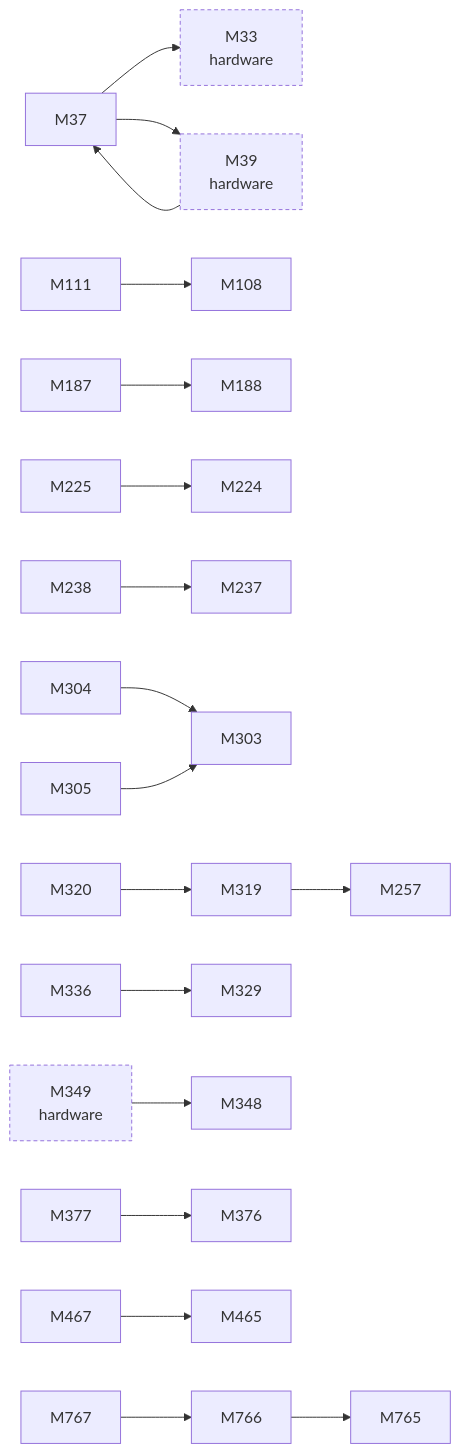
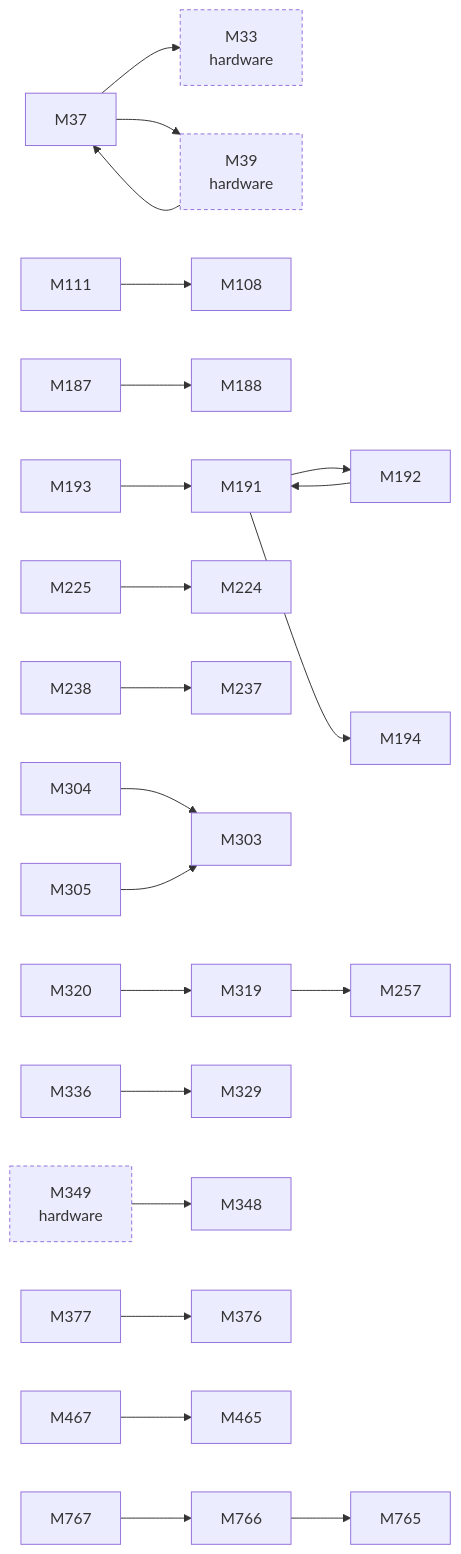
One commit to D-Ogi/amdgpu-wddm changed the third of 3 diagrams in docs/facts/graphs/kmd.md. Above: the diagram before and after it, drawn with Mermaid. The commit also changed other lines of this file and 55 other files, not shown here.

````diff
--- a/docs/facts/graphs/kmd.md
+++ b/docs/facts/graphs/kmd.md
@@ -190,50 +194,58 @@
 ```mermaid
 flowchart LR
   M33["M33<br/>hardware"]
   M37["M37"]
   M39["M39<br/>hardware"]
   M108["M108"]
   M111["M111"]
   M187["M187"]
   M188["M188"]
+  M191["M191"]
+  M192["M192"]
+  M193["M193"]
+  M194["M194"]
   M224["M224"]
   M225["M225"]
   M237["M237"]
   M238["M238"]
   M257["M257"]
   M303["M303"]
   M304["M304"]
   M305["M305"]
   M319["M319"]
   M320["M320"]
   M329["M329"]
   M336["M336"]
   M348["M348"]
   M349["M349<br/>hardware"]
   M376["M376"]
   M377["M377"]
   M465["M465"]
   M467["M467"]
   M765["M765"]
   M766["M766"]
   M767["M767"]
   M39 --> M37
   M349 --> M348
   M37 --> M33
   M37 --> M39
   M111 --> M108
   M187 --> M188
+  M191 --> M192
+  M191 --> M194
+  M192 --> M191
+  M193 --> M191
   M225 --> M224
   M238 --> M237
   M304 --> M303
   M305 --> M303
   M319 --> M257
   M320 --> M319
   M336 --> M329
   M377 --> M376
   M467 --> M465
   M766 --> M765
   M767 --> M766
   classDef other stroke-dasharray:4 3
   class M33,M39,M349 other
 ```
````
